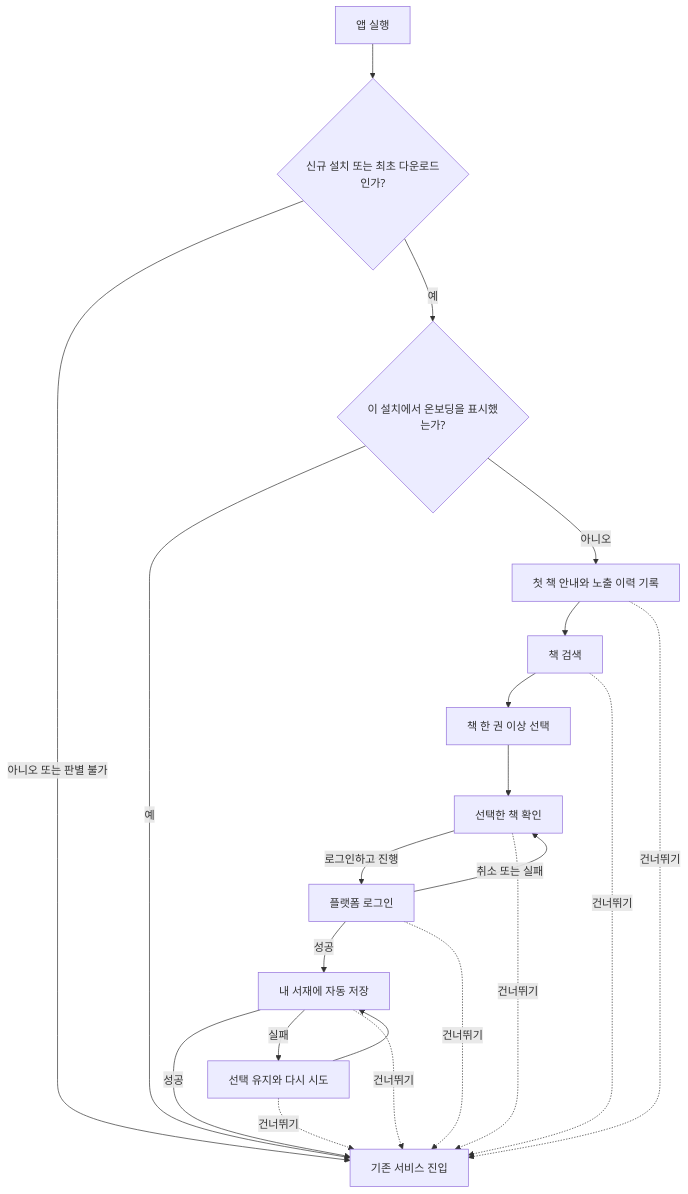
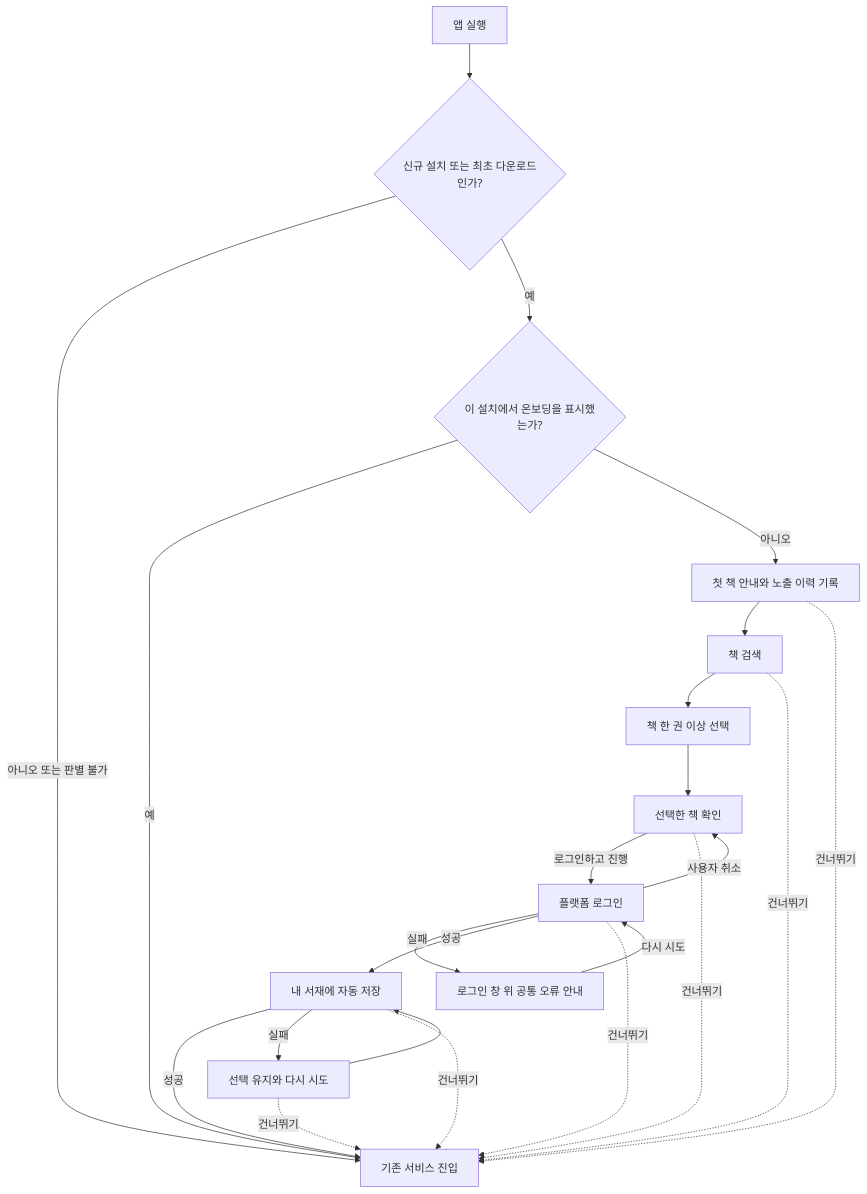
One commit to woowacourse-teams/2026-chaekchaek changed the diagram in docs/first-library-onboarding.md. Above: the diagram before and after it, drawn with Mermaid. The commit also changed other lines of this file and 6 other files, not shown here.

````diff
--- a/docs/first-library-onboarding.md
+++ b/docs/first-library-onboarding.md
@@ -35,23 +38,25 @@
 ```mermaid
 flowchart TD
     entry[앱 실행] --> eligible{신규 설치 또는 최초 다운로드인가?}
     eligible -->|아니오 또는 판별 불가| service
     eligible -->|예| shown{이 설치에서 온보딩을 표시했는가?}
     shown -->|예| service[기존 서비스 진입]
     shown -->|아니오| intro[첫 책 안내와 노출 이력 기록]
     intro --> search[책 검색]
     search --> select[책 한 권 이상 선택]
     select --> choice[선택한 책 확인]
     choice -->|로그인하고 진행| login[플랫폼 로그인]
-    login -->|취소 또는 실패| choice
+    login -->|사용자 취소| choice
+    login -->|실패| loginError[로그인 창 위 공통 오류 안내]
+    loginError -->|다시 시도| login
     login -->|성공| save[내 서재에 자동 저장]
     save -->|성공| service
     save -->|실패| retry[선택 유지와 다시 시도]
     retry --> save
     intro -. 건너뛰기 .-> service
     search -. 건너뛰기 .-> service
     choice -. 건너뛰기 .-> service
     login -. 건너뛰기 .-> service
     save -. 건너뛰기 .-> service
     retry -. 건너뛰기 .-> service
 ```
````
